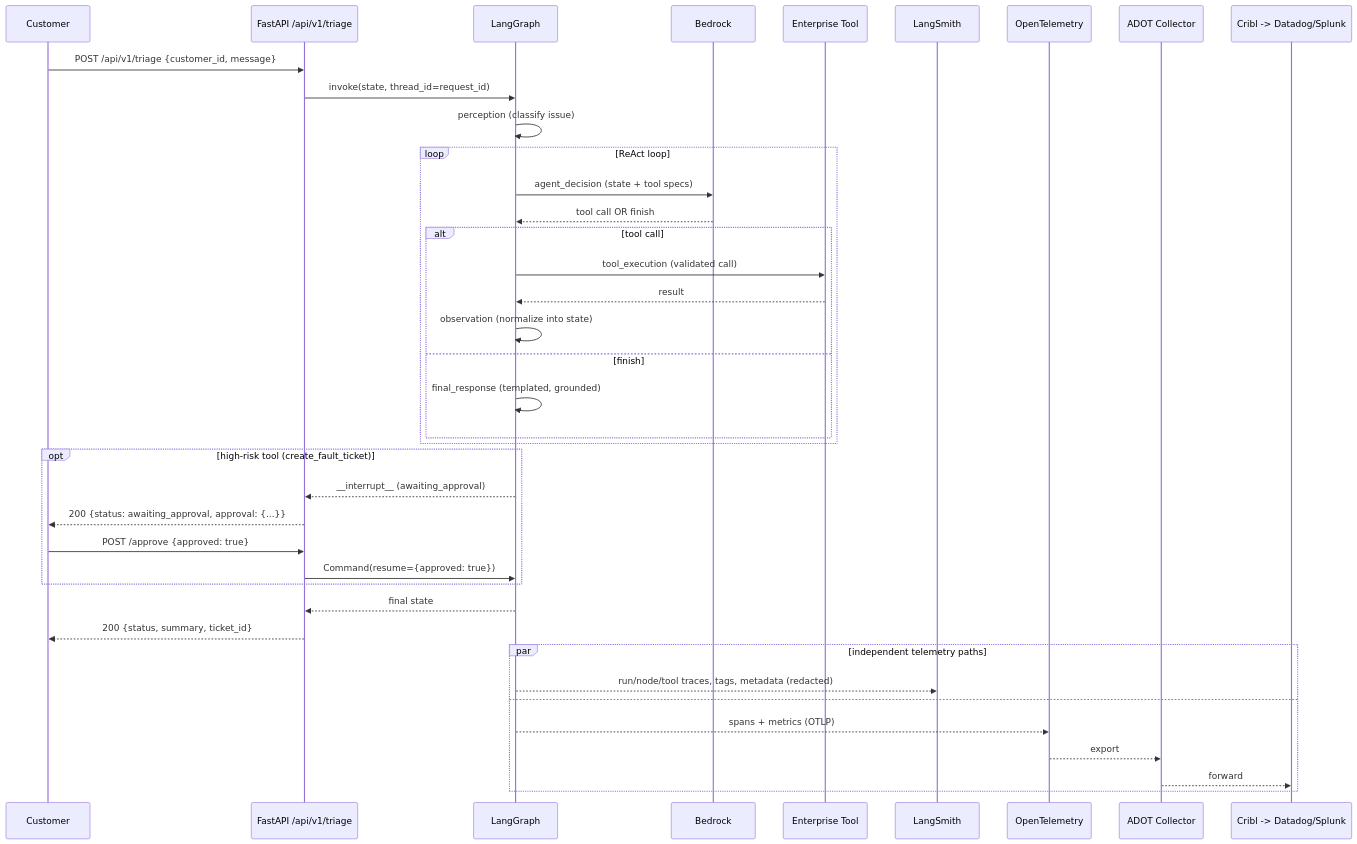
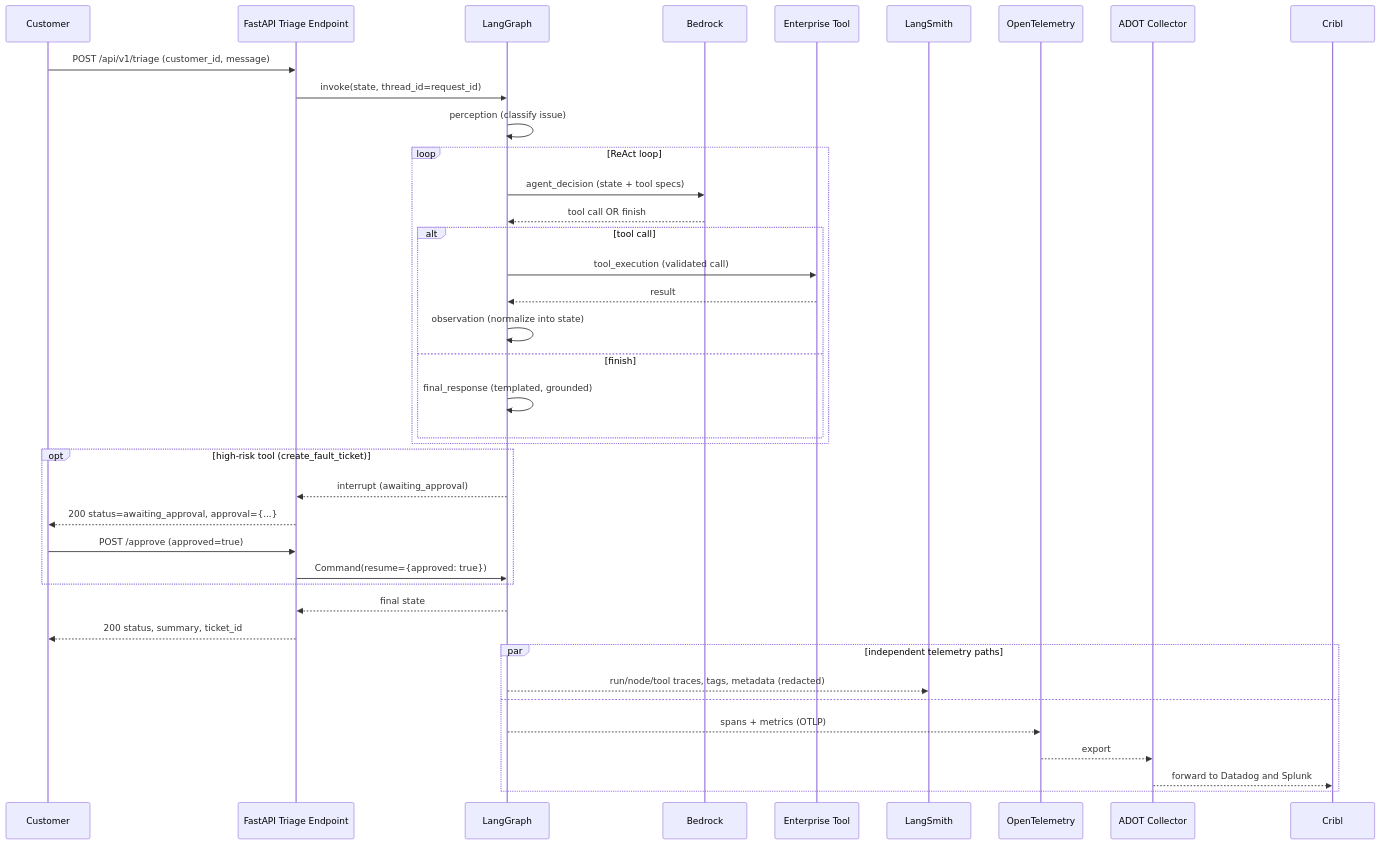
The fifth of 5 diagrams in docs/architecture.md (linyanqing/BroadbandServiceTriageAIAgent), drawn with Mermaid before and after one commit. The commit also changed other lines of this file, not shown here.

First line of the commit message:
Fix Mermaid diagram syntax errors in architecture.md

````diff
--- a/docs/architecture.md
+++ b/docs/architecture.md
@@ -110,42 +110,42 @@
 ```mermaid
 sequenceDiagram
     participant C as Customer
-    participant API as FastAPI /api/v1/triage
+    participant API as FastAPI Triage Endpoint
     participant G as LangGraph
     participant B as Bedrock
     participant T as Enterprise Tool
     participant LS as LangSmith
     participant OT as OpenTelemetry
     participant ADOT as ADOT Collector
-    participant CS as Cribl -> Datadog/Splunk
+    participant CS as Cribl
 
-    C->>API: POST /api/v1/triage {customer_id, message}
+    C->>API: POST /api/v1/triage (customer_id, message)
     API->>G: invoke(state, thread_id=request_id)
     G->>G: perception (classify issue)
     loop ReAct loop
         G->>B: agent_decision (state + tool specs)
         B-->>G: tool call OR finish
         alt tool call
             G->>T: tool_execution (validated call)
             T-->>G: result
             G->>G: observation (normalize into state)
         else finish
             G->>G: final_response (templated, grounded)
         end
     end
     opt high-risk tool (create_fault_ticket)
-        G-->>API: __interrupt__ (awaiting_approval)
-        API-->>C: 200 {status: awaiting_approval, approval: {...}}
-        C->>API: POST /approve {approved: true}
+        G-->>API: interrupt (awaiting_approval)
+        API-->>C: 200 status=awaiting_approval, approval={...}
+        C->>API: POST /approve (approved=true)
         API->>G: Command(resume={approved: true})
     end
     G-->>API: final state
-    API-->>C: 200 {status, summary, ticket_id}
+    API-->>C: 200 status, summary, ticket_id
     par independent telemetry paths
         G-->>LS: run/node/tool traces, tags, metadata (redacted)
     and
         G-->>OT: spans + metrics (OTLP)
         OT-->>ADOT: export
-        ADOT-->>CS: forward
+        ADOT-->>CS: forward to Datadog and Splunk
     end
 ```
````
